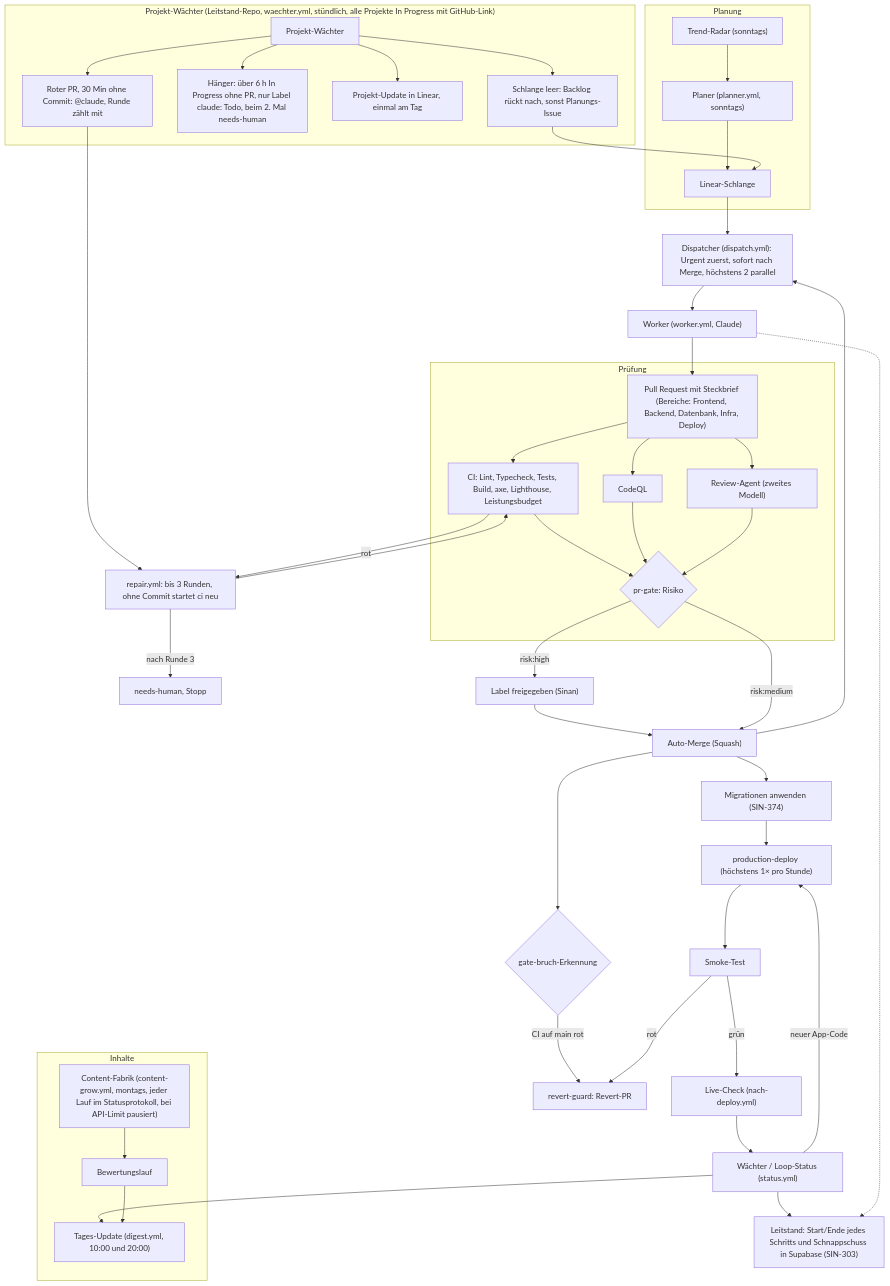
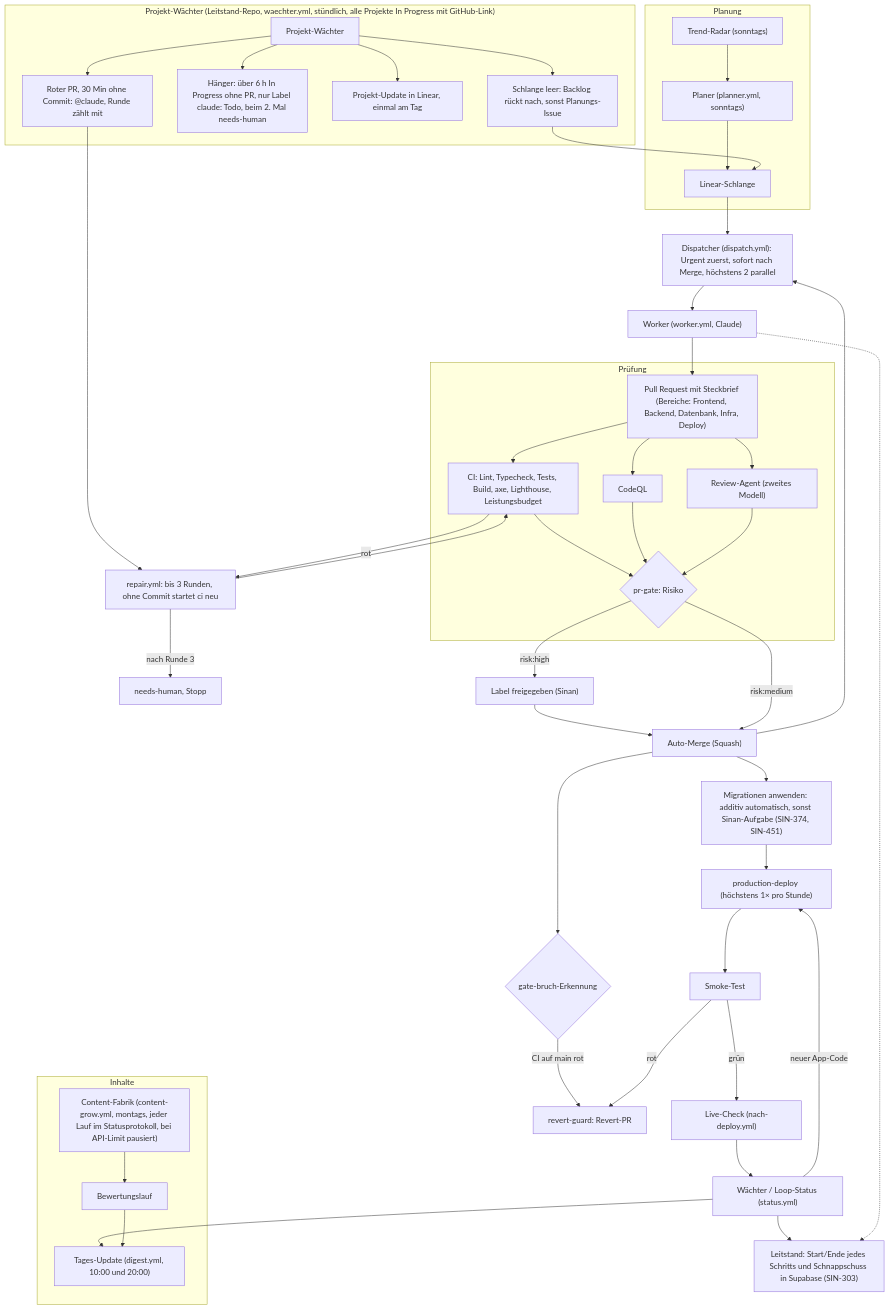
Before and after one commit to siinanXD/Content-Agent-Lernapp: the diagram in docs/diagramme/pipeline.mmd, drawn with Mermaid. The commit also changed 9 other files, not shown here.

Commit message:
feat(migrationen): Abweichung melden, nicht additive als Sinan-Aufgabe (SIN-451) (#267)

```diff
--- a/docs/diagramme/pipeline.mmd
+++ b/docs/diagramme/pipeline.mmd
@@ -1,49 +1,49 @@
 %% Pipeline-Ablauf des Loops, Stand main 09.10. (SIN-376). Quelle für das FigJam-Board „Pipeline-Ablauf“.
 %% Ändern sich .github/workflows/ oder scripts/autonomy/, diese Datei im selben PR anpassen.
 flowchart TD
   subgraph Planung
     Radar["Trend-Radar (sonntags)"] --> Planer
     Planer["Planer (planner.yml, sonntags)"] --> Schlange["Linear-Schlange"]
   end
   Schlange --> Dispatcher["Dispatcher (dispatch.yml): Urgent zuerst, sofort nach Merge, höchstens 2 parallel"]
   Dispatcher --> Worker["Worker (worker.yml, Claude)"]
   Worker --> PR["Pull Request mit Steckbrief (Bereiche: Frontend, Backend, Datenbank, Infra, Deploy)"]
   subgraph Prüfung
     PR --> CI["CI: Lint, Typecheck, Tests, Build, axe, Lighthouse, Leistungsbudget"]
     PR --> CodeQL["CodeQL"]
     PR --> Review["Review-Agent (zweites Modell)"]
     CI --> Gate{"pr-gate: Risiko"}
     CodeQL --> Gate
     Review --> Gate
   end
   CI -- rot --> Repair["repair.yml: bis 3 Runden, ohne Commit startet ci neu"]
   Repair --> CI
   Repair -- "nach Runde 3" --> Mensch["needs-human, Stopp"]
   Gate -- "risk:high" --> Freigabe["Label freigegeben (Sinan)"]
   Freigabe --> Merge
   Gate -- "risk:medium" --> Merge["Auto-Merge (Squash)"]
   Merge --> Dispatcher
-  Merge --> Migr["Migrationen anwenden (SIN-374)"]
+  Merge --> Migr["Migrationen anwenden: additiv automatisch, sonst Sinan-Aufgabe (SIN-374, SIN-451)"]
   Merge --> Bruch{"gate-bruch-Erkennung"}
   Bruch -- "CI auf main rot" --> Revert["revert-guard: Revert-PR"]
   Migr --> Deploy["production-deploy (höchstens 1× pro Stunde)"]
   Deploy --> Smoke["Smoke-Test"]
   Smoke -- rot --> Revert
   Smoke -- grün --> Live["Live-Check (nach-deploy.yml)"]
   Live --> Waechter["Wächter / Loop-Status (status.yml)"]
   Waechter -- "neuer App-Code" --> Deploy
   Waechter --> Update["Tages-Update (digest.yml, 10:00 und 20:00)"]
   Waechter --> Leitstand["Leitstand: Start/Ende jedes Schritts und Schnappschuss in Supabase (SIN-303)"]
   Worker -.-> Leitstand
   subgraph Projektwaechter["Projekt-Wächter (Leitstand-Repo, waechter.yml, stündlich, alle Projekte In Progress mit GitHub-Link)"]
     PW["Projekt-Wächter"] --> PWS["Schlange leer: Backlog rückt nach, sonst Planungs-Issue"]
     PW --> PWH["Hänger: über 6 h In Progress ohne PR, nur Label claude: Todo, beim 2. Mal needs-human"]
     PW --> PWU["Projekt-Update in Linear, einmal am Tag"]
     PW --> PWR["Roter PR, 30 Min ohne Commit: @claude, Runde zählt mit"]
   end
   PWS --> Schlange
   PWR --> Repair
   subgraph Inhalte
     Fabrik["Content-Fabrik (content-grow.yml, montags, jeder Lauf im Statusprotokoll, bei API-Limit pausiert)"] --> Bewertung["Bewertungslauf"]
     Bewertung --> Update
   end
```
